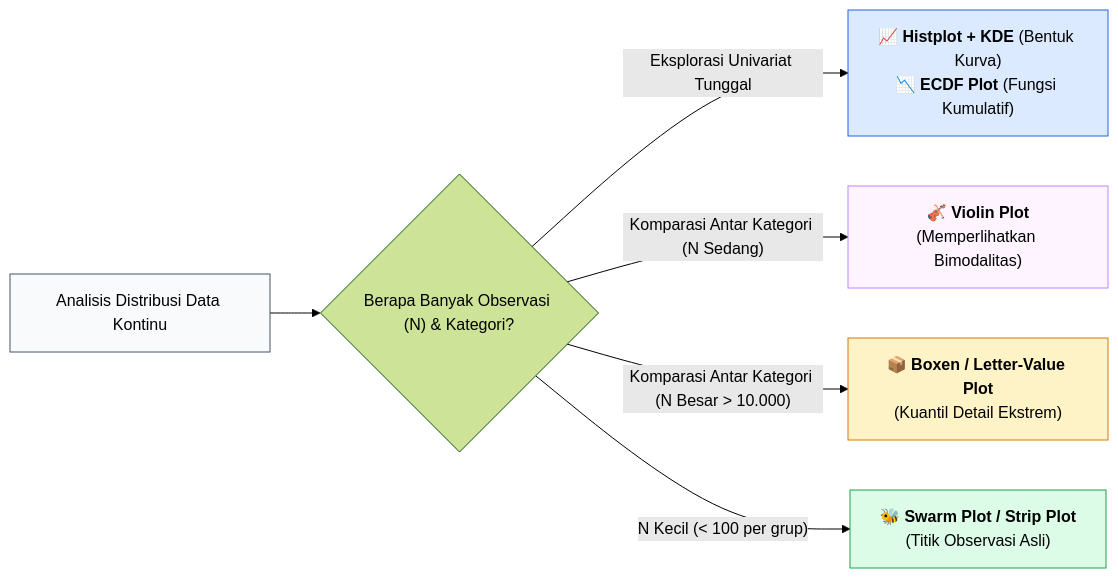
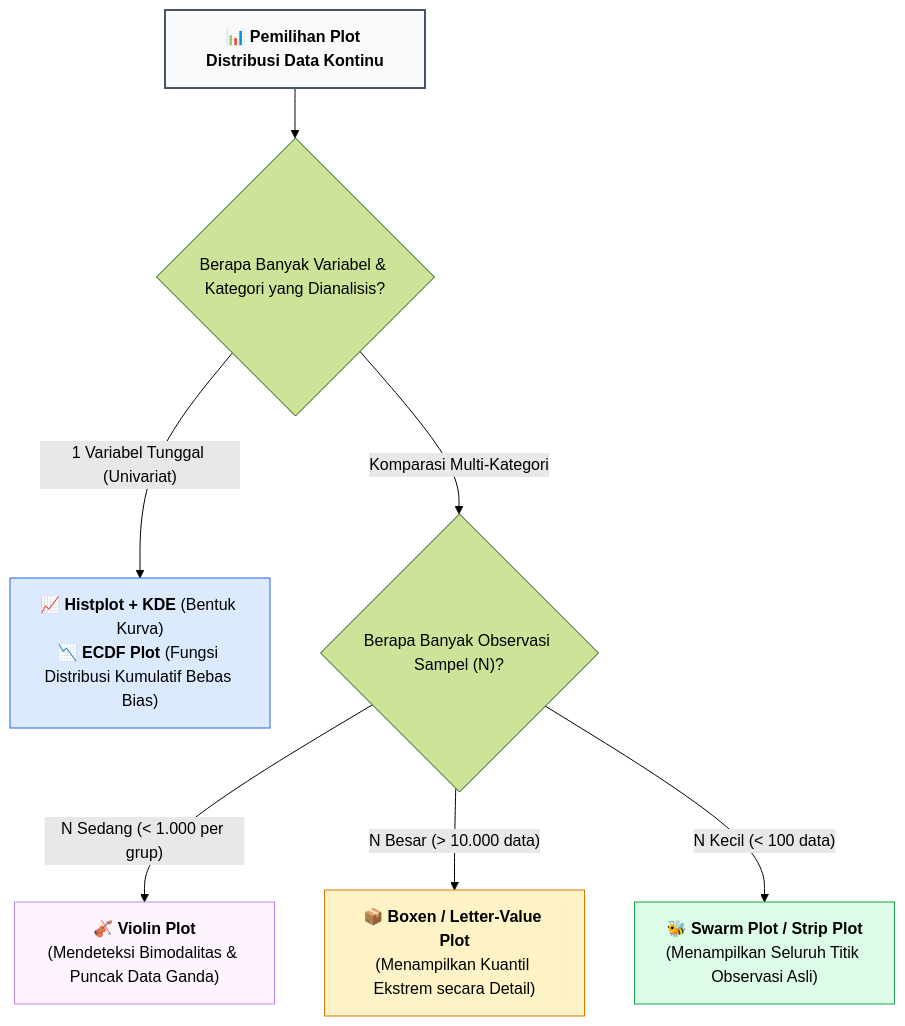
One commit to mahendaruui/Perkuliahan changed the second of 2 diagrams in docs/visualisasi-data/06-seaborn-statistik-distribusi.md. Above: the diagram before and after it, drawn with Mermaid (forest theme). The commit also changed other lines of this file and 15 other files, not shown here.

Commit message:
refactor: update and standardize mermaid diagrams across all documentation modules

````diff
--- a/docs/visualisasi-data/06-seaborn-statistik-distribusi.md
+++ b/docs/visualisasi-data/06-seaborn-statistik-distribusi.md
@@ -47,14 +47,19 @@
 ```mermaid
-flowchart LR
-    A["Analisis Distribusi Data Kontinu"] --> B{"Berapa Banyak Observasi (N) & Kategori?"}
-    B -- "Eksplorasi Univariat Tunggal" --> C["📈 <b>Histplot + KDE</b> (Bentuk Kurva)<br>📉 <b>ECDF Plot</b> (Fungsi Kumulatif)"]
-    B -- "Komparasi Antar Kategori (N Sedang)" --> D["🎻 <b>Violin Plot</b><br>(Memperlihatkan Bimodalitas)"]
-    B -- "Komparasi Antar Kategori (N Besar > 10.000)" --> E["📦 <b>Boxen / Letter-Value Plot</b><br>(Kuantil Detail Ekstrem)"]
-    B -- "N Kecil (< 100 per grup)" --> F["🐝 <b>Swarm Plot / Strip Plot</b><br>(Titik Observasi Asli)"]
+flowchart TD
+    Start["📊 <b>Pemilihan Plot Distribusi Data Kontinu</b>"]
+    --> Q1{"Berapa Banyak Variabel & Kategori yang Dianalisis?"}
+    
+    Q1 -- "1 Variabel Tunggal (Univariat)" --> U["📈 <b>Histplot + KDE</b> (Bentuk Kurva)<br>📉 <b>ECDF Plot</b> (Fungsi Distribusi Kumulatif Bebas Bias)"]
+    
+    Q1 -- "Komparasi Multi-Kategori" --> Q2{"Berapa Banyak Observasi Sampel (N)?"}
+    
+    Q2 -- "N Sedang (< 1.000 per grup)" --> D1["🎻 <b>Violin Plot</b><br>(Mendeteksi Bimodalitas & Puncak Data Ganda)"]
+    Q2 -- "N Besar (> 10.000 data)" --> D2["📦 <b>Boxen / Letter-Value Plot</b><br>(Menampilkan Kuantil Ekstrem secara Detail)"]
+    Q2 -- "N Kecil (< 100 data)" --> D3["🐝 <b>Swarm Plot / Strip Plot</b><br>(Menampilkan Seluruh Titik Observasi Asli)"]
 
-    style A fill:#f8fafc,stroke:#475569
-    style C fill:#dbeafe,stroke:#2563eb
-    style D fill:#fdf4ff,stroke:#c084fc
-    style E fill:#fef3c7,stroke:#d97706
-    style F fill:#dcfce7,stroke:#16a34a
+    style Start fill:#f8fafc,stroke:#475569,stroke-width:2px
+    style U fill:#dbeafe,stroke:#2563eb,stroke-width:1px
+    style D1 fill:#fdf4ff,stroke:#c084fc,stroke-width:1px
+    style D2 fill:#fef3c7,stroke:#d97706,stroke-width:1px
+    style D3 fill:#dcfce7,stroke:#16a34a,stroke-width:1px
 ```
````
